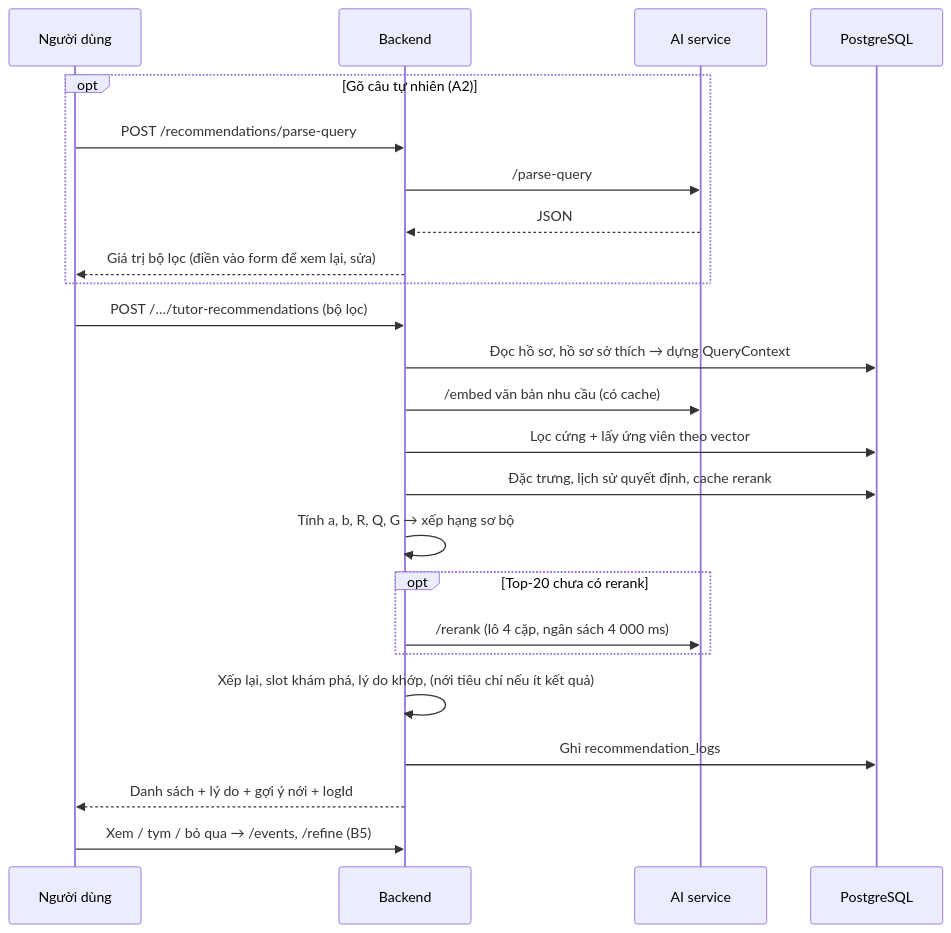
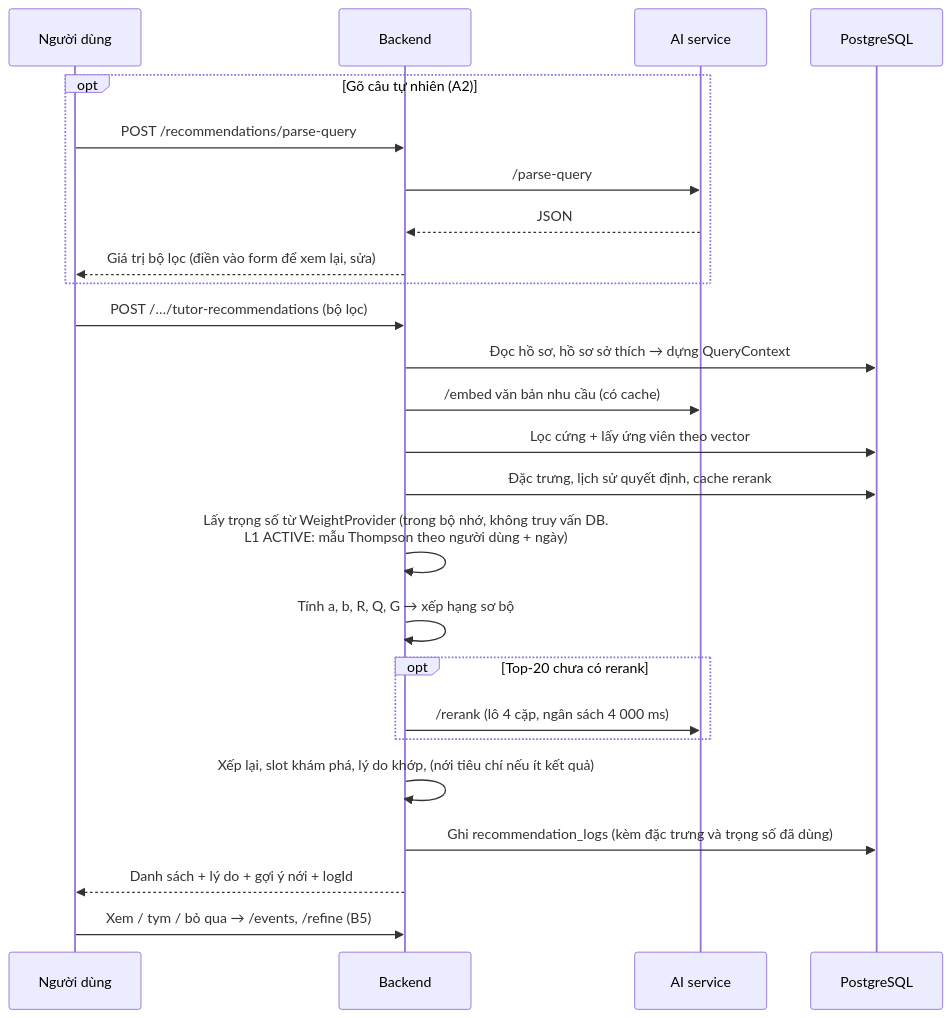
The second of 3 diagrams in docs/recommendation/02-kien-truc.md (Vankheeng/ptutor), drawn with Mermaid before and after one commit. The commit also changed other lines of this file and 11 other files, not shown here.

First line of the commit message:
docs(recommendation): design online weight learning (L1)

````diff
--- a/docs/recommendation/02-kien-truc.md
+++ b/docs/recommendation/02-kien-truc.md
@@ -90,27 +106,28 @@
 ```mermaid
 sequenceDiagram
     participant U as Người dùng
     participant API as Backend
     participant AI as AI service
     participant DB as PostgreSQL
 
     opt Gõ câu tự nhiên (A2)
         U->>API: POST /recommendations/parse-query
         API->>AI: /parse-query
         AI-->>API: JSON
         API-->>U: Giá trị bộ lọc (điền vào form để xem lại, sửa)
     end
     U->>API: POST /…/tutor-recommendations (bộ lọc)
     API->>DB: Đọc hồ sơ, hồ sơ sở thích → dựng QueryContext
     API->>AI: /embed văn bản nhu cầu (có cache)
     API->>DB: Lọc cứng + lấy ứng viên theo vector
     API->>DB: Đặc trưng, lịch sử quyết định, cache rerank
+    API->>API: Lấy trọng số từ WeightProvider (trong bộ nhớ, không truy vấn DB.<br/>L1 ACTIVE: mẫu Thompson theo người dùng + ngày)
     API->>API: Tính a, b, R, Q, G → xếp hạng sơ bộ
     opt Top-20 chưa có rerank
         API->>AI: /rerank (lô 4 cặp, ngân sách 4 000 ms)
     end
     API->>API: Xếp lại, slot khám phá, lý do khớp, (nới tiêu chí nếu ít kết quả)
-    API->>DB: Ghi recommendation_logs
+    API->>DB: Ghi recommendation_logs (kèm đặc trưng và trọng số đã dùng)
     API-->>U: Danh sách + lý do + gợi ý nới + logId
     U->>API: Xem / tym / bỏ qua → /events, /refine (B5)
 ```
````
